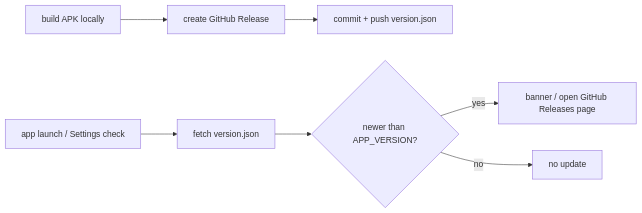
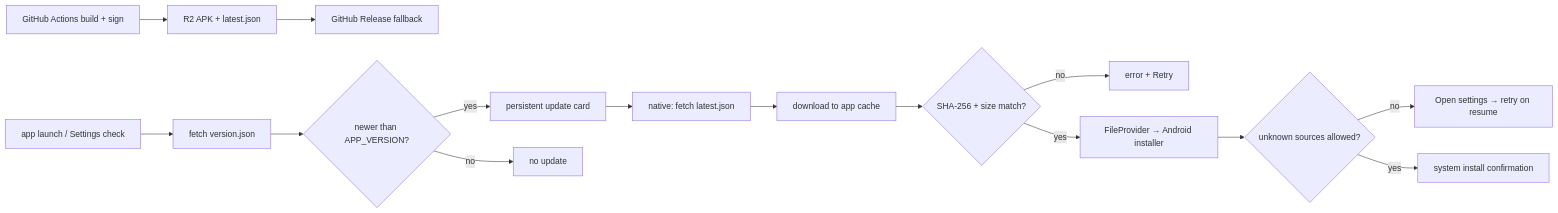
The fourth of 4 diagrams in ARCHITECTURE.md (minatolun-dotcom/khristian-labu), drawn with Mermaid before and after one commit. The commit also changed other lines of this file and 12 other files, not shown here.

First line of the commit message:
feat: install Android updates in-app after checksum verification

````diff
--- a/ARCHITECTURE.md
+++ b/ARCHITECTURE.md
@@ -94,9 +94,17 @@
 ```mermaid
 flowchart LR
-    A[build APK locally] --> B[create GitHub Release]
-    B --> C[commit + push version.json]
+    A[GitHub Actions build + sign] --> B[R2 APK + latest.json]
+    B --> C[GitHub Release fallback]
     F[app launch / Settings check] --> G[fetch version.json]
     G --> H{newer than APP_VERSION?}
-    H -- yes --> I[banner / open GitHub Releases page]
-    H -- no --> J[no update]
+    H -- yes --> I[persistent update card]
+    I --> J[native: fetch latest.json]
+    J --> K[download to app cache]
+    K --> L{SHA-256 + size match?}
+    L -- no --> M[error + Retry]
+    L -- yes --> N[FileProvider → Android installer]
+    N --> O{unknown sources allowed?}
+    O -- no --> P[Open settings → retry on resume]
+    O -- yes --> Q[system install confirmation]
+    H -- no --> R[no update]
 ```
````
